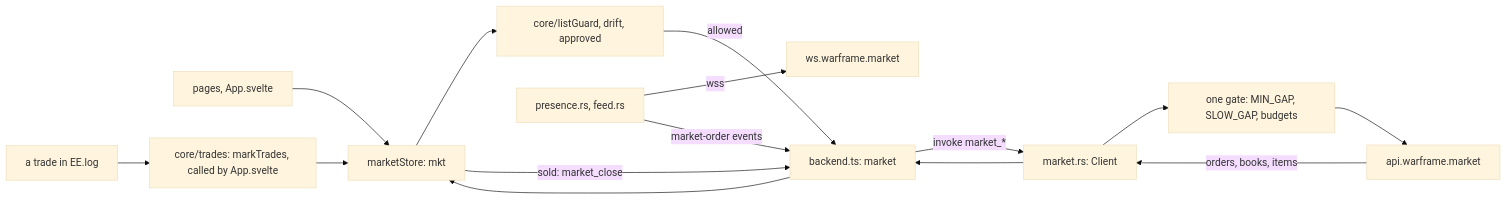
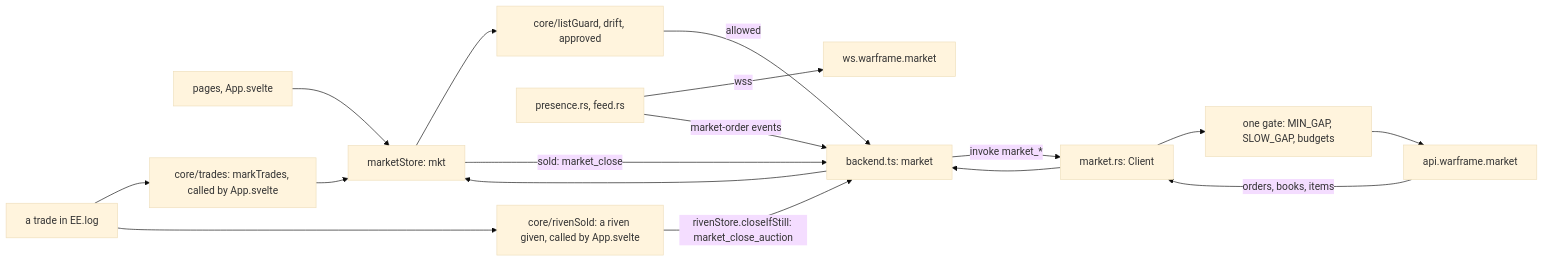
Before and after one commit to ShezissSnake/myorbiter: the third of 6 diagrams in docs/architecture.md, drawn with Mermaid (base theme). The commit also changed other lines of this file and 7 other files, not shown here.

First line of the commit message:
A riven sold in game: the texts say what the switch now does

````diff
--- a/docs/architecture.md
+++ b/docs/architecture.md
@@ -130,17 +130,19 @@
 ```mermaid
 flowchart LR
   page["pages, App.svelte"] --> mkt["marketStore: mkt"]
   mkt --> guard["core/listGuard, drift, approved"]
   guard -->|"allowed"| api["backend.ts: market"]
   api -->|"invoke market_*"| client["market.rs: Client"]
   client --> gate["one gate: MIN_GAP, SLOW_GAP, budgets"]
   gate --> wfm["api.warframe.market"]
   wfm -->|"orders, books, items"| client
   client --> api
   api --> mkt
   sock["presence.rs, feed.rs"] -->|"wss"| wfmws["ws.warframe.market"]
   sock -->|"market-order events"| api
   trade["a trade in EE.log"] --> mark["core/trades: markTrades, called by App.svelte"]
   mark --> mkt
   mkt -->|"sold: market_close"| api
+  trade --> rsold["core/rivenSold: a riven given, called by App.svelte"]
+  rsold -->|"rivenStore.closeIfStill: market_close_auction"| api
 ```
````
